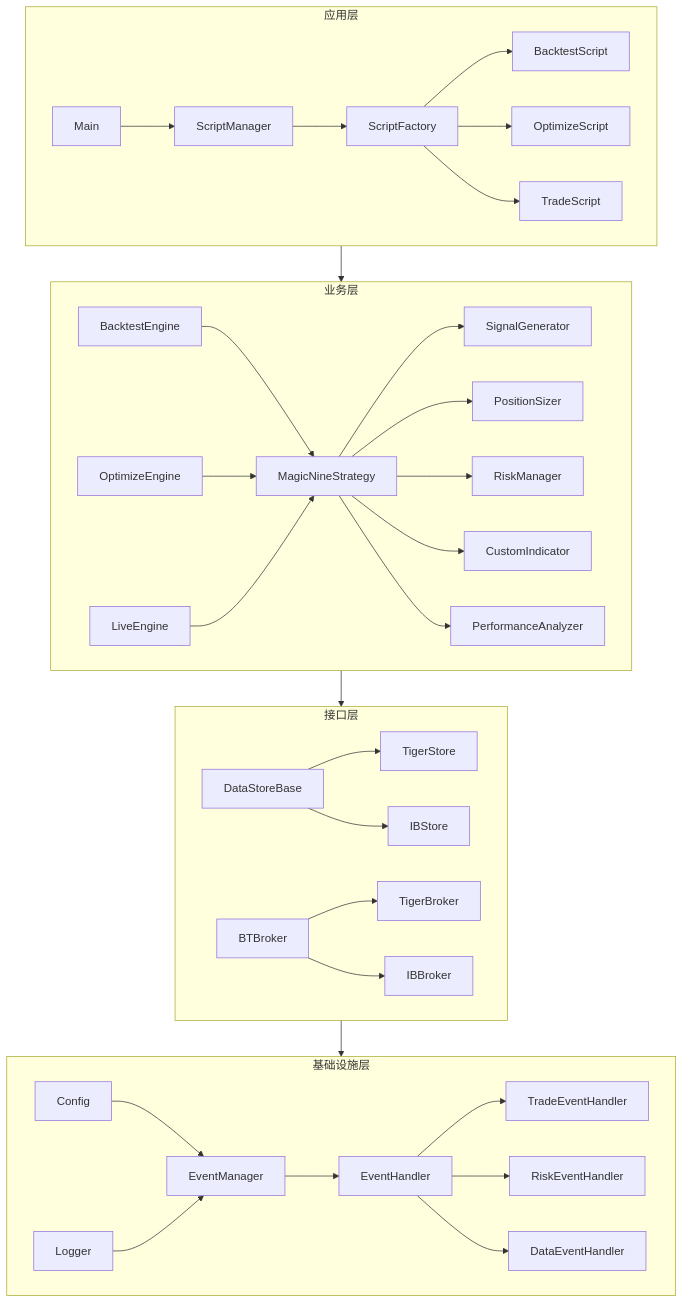
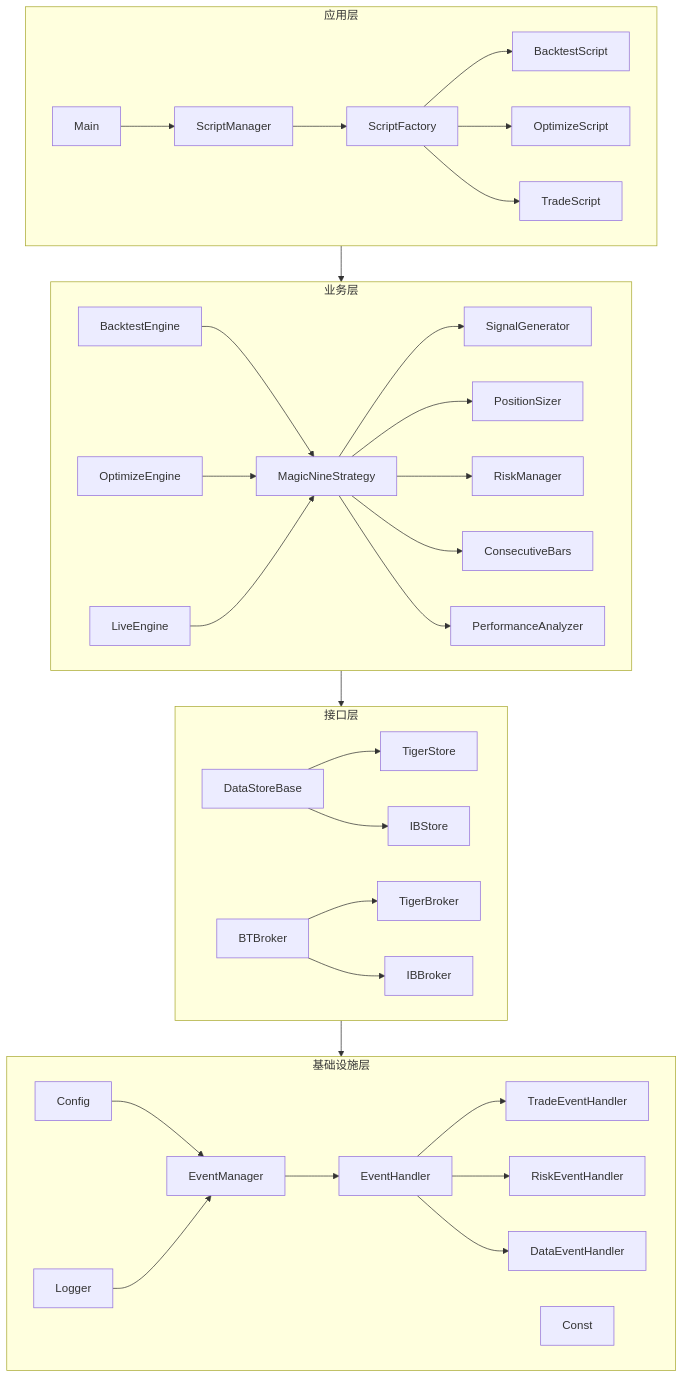
Before and after one commit to xinlee0113/nine_turn_strategy: the first of 6 diagrams in architecture_diagram.md, drawn with Mermaid. The commit also changed other lines of this file and 38 other files, not shown here.

```diff
--- a/architecture_diagram.md
+++ b/architecture_diagram.md
@@ -234,7 +239,7 @@
     B2[SignalGenerator]
     B3[PositionSizer]
     B4[RiskManager]
-    B5[CustomIndicator]
+    B5[ConsecutiveBars]
     B6[PerformanceAnalyzer]
     B7[BacktestEngine]
     B8[OptimizeEngine]
@@ -260,6 +265,7 @@
     D5[TradeEventHandler]
     D6[RiskEventHandler]
     D7[DataEventHandler]
+    D8[Const]
     end
     
     %% 依赖关系
```
